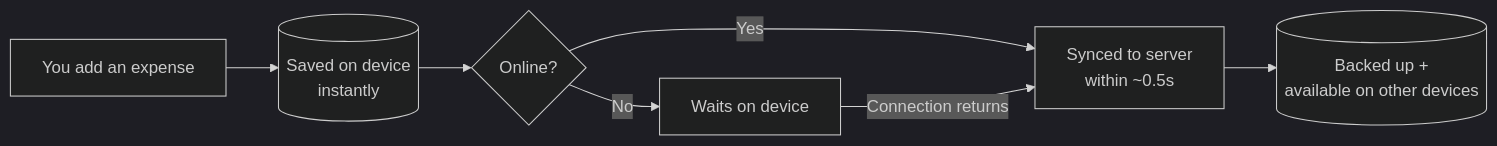
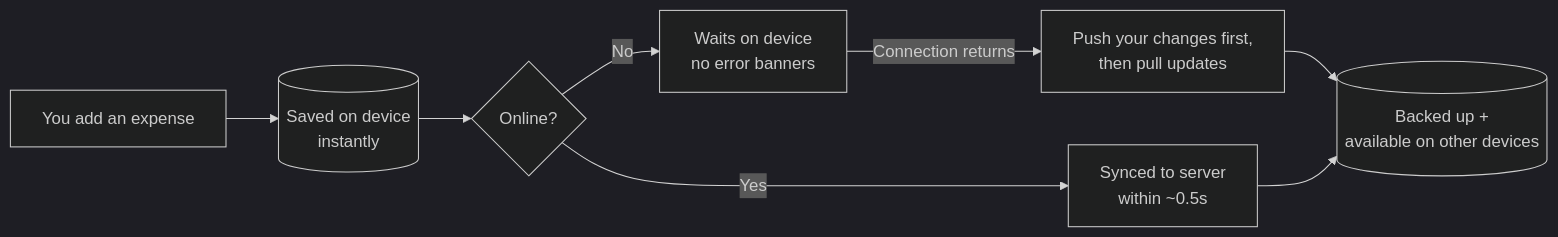
The first of 3 diagrams in docs/OFFLINE_GUIDE.md (MohamedMousa007/buddget), drawn with Mermaid (dark theme) before and after one commit. The commit also changed other lines of this file, not shown here.

Commit message:
docs: update offline guide with ledger-first SMS, waiting-to-sync cards, push-then-pull sync, privacy wipe

````diff
--- a/docs/OFFLINE_GUIDE.md
+++ b/docs/OFFLINE_GUIDE.md
@@ -24,9 +24,10 @@
 ```mermaid
 flowchart LR
     A[You add an expense] --> B[(Saved on device\ninstantly)]
     B --> C{Online?}
     C -- Yes --> D[Synced to server\nwithin ~0.5s]
-    C -- No --> E[Waits on device]
-    E -- Connection returns --> D
-    D --> F[(Backed up +\navailable on other devices)]
+    C -- No --> E[Waits on device\nno error banners]
+    E -- Connection returns --> F[Push your changes first,\nthen pull updates]
+    F --> G[(Backed up +\navailable on other devices)]
+    D --> G
 ```
````
